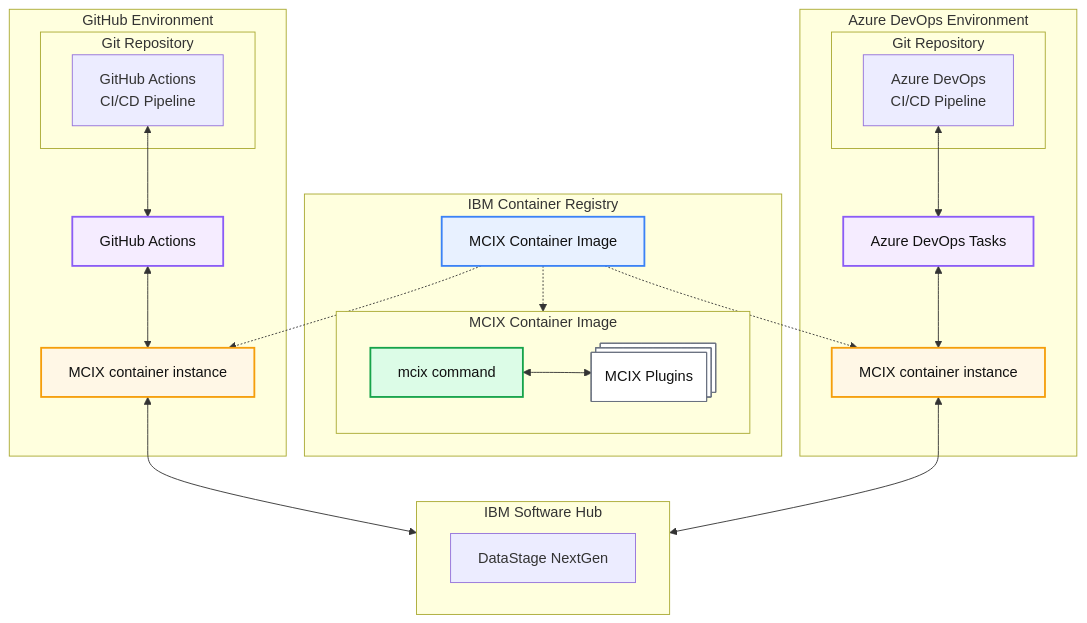
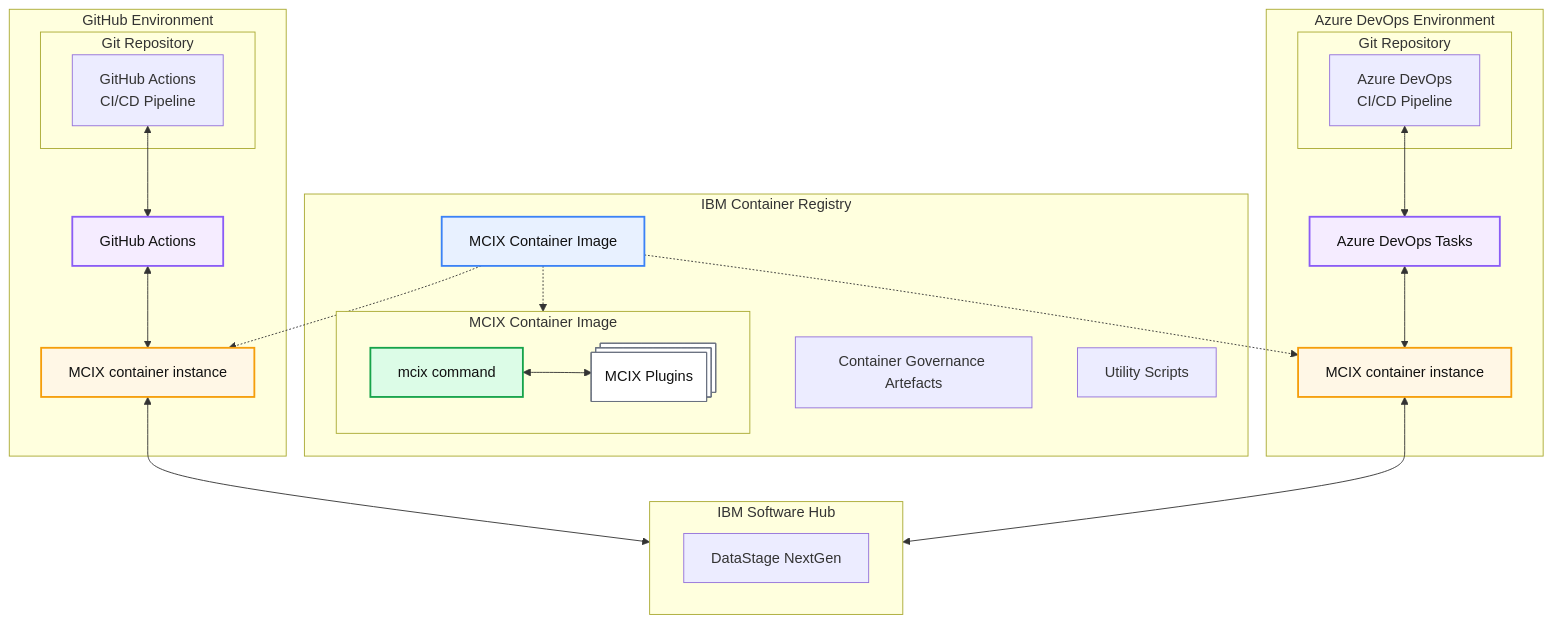
One commit to MettleCI/mcix changed the diagram in ARCHITECTURE.md. Above: the diagram before and after it, drawn with Mermaid.

Commit message:
Add governance artefacts and utility scripts to architecture

```diff
--- a/ARCHITECTURE.md
+++ b/ARCHITECTURE.md
@@ -33,6 +33,8 @@
   %% =========================
   subgraph REG["IBM Container Registry"]
       ICR["MCIX Container Image"]
+      GOV["Container Governance Artefacts"]
+      UTILS["Utility Scripts"]
 
       %% Image internals
       subgraph IMG["MCIX Container Image"]
```
